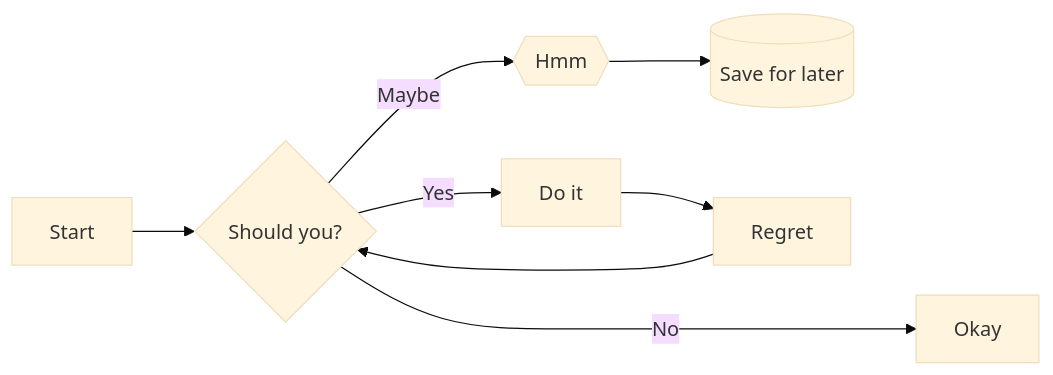
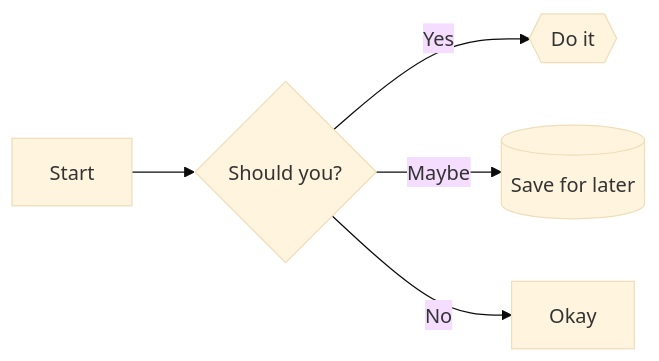
The first of 2 diagrams in readme.md (JakeSteam/Mermaid), drawn with Mermaid (base theme) before and after one commit. The commit also changed other lines of this file, not shown here.

Commit message:
Simplify diagrams

````diff
--- a/readme.md
+++ b/readme.md
@@ -13,9 +13,7 @@
 ```mermaid
 flowchart LR
     A[Start] --> B{Should you?}
-    B -- Yes --> C[Do it]
-    B -- Maybe --> F{{Hmm}} --> G[(Save for later)]
-    C --> D[Regret]
-    D --> B
-    B -- No ----> E[Okay]
+    B -- Yes --> C{{Do it}}
+    B -- Maybe --> G[(Save for later)]
+    B -- No --> E[Okay]
 ```
````
